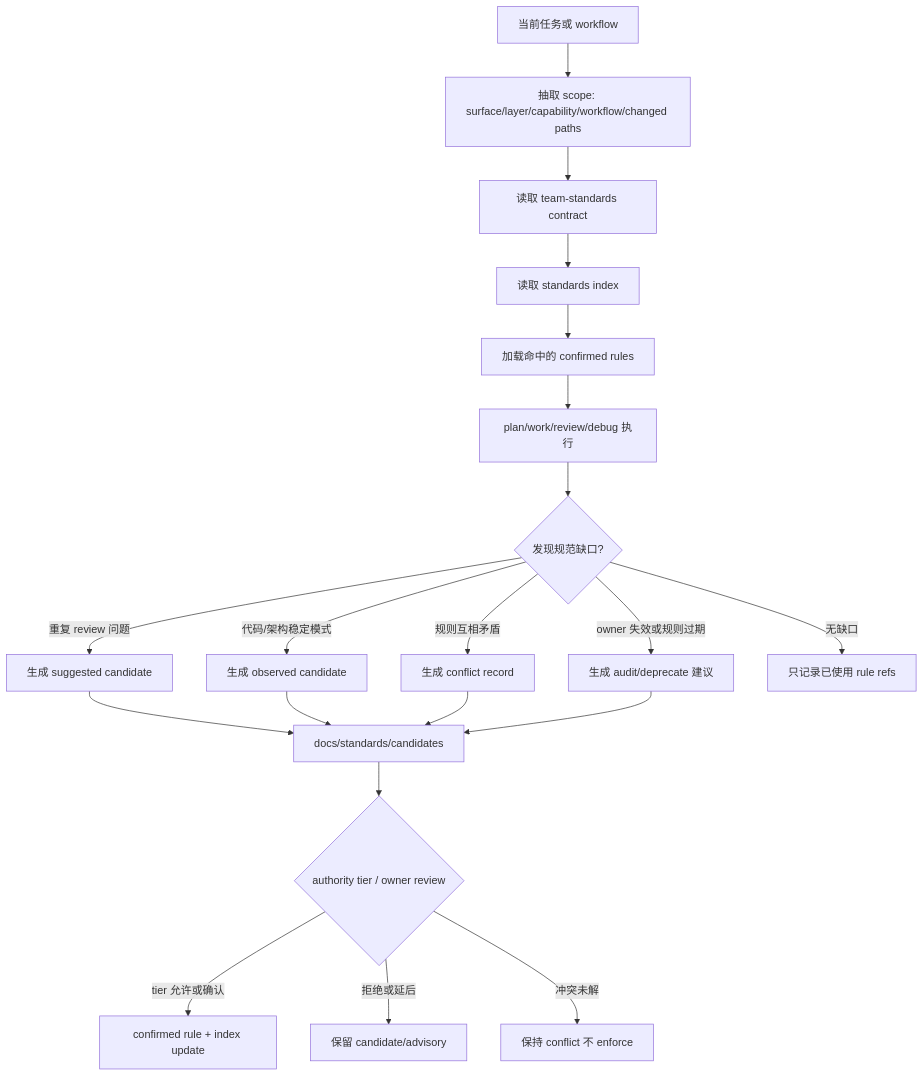
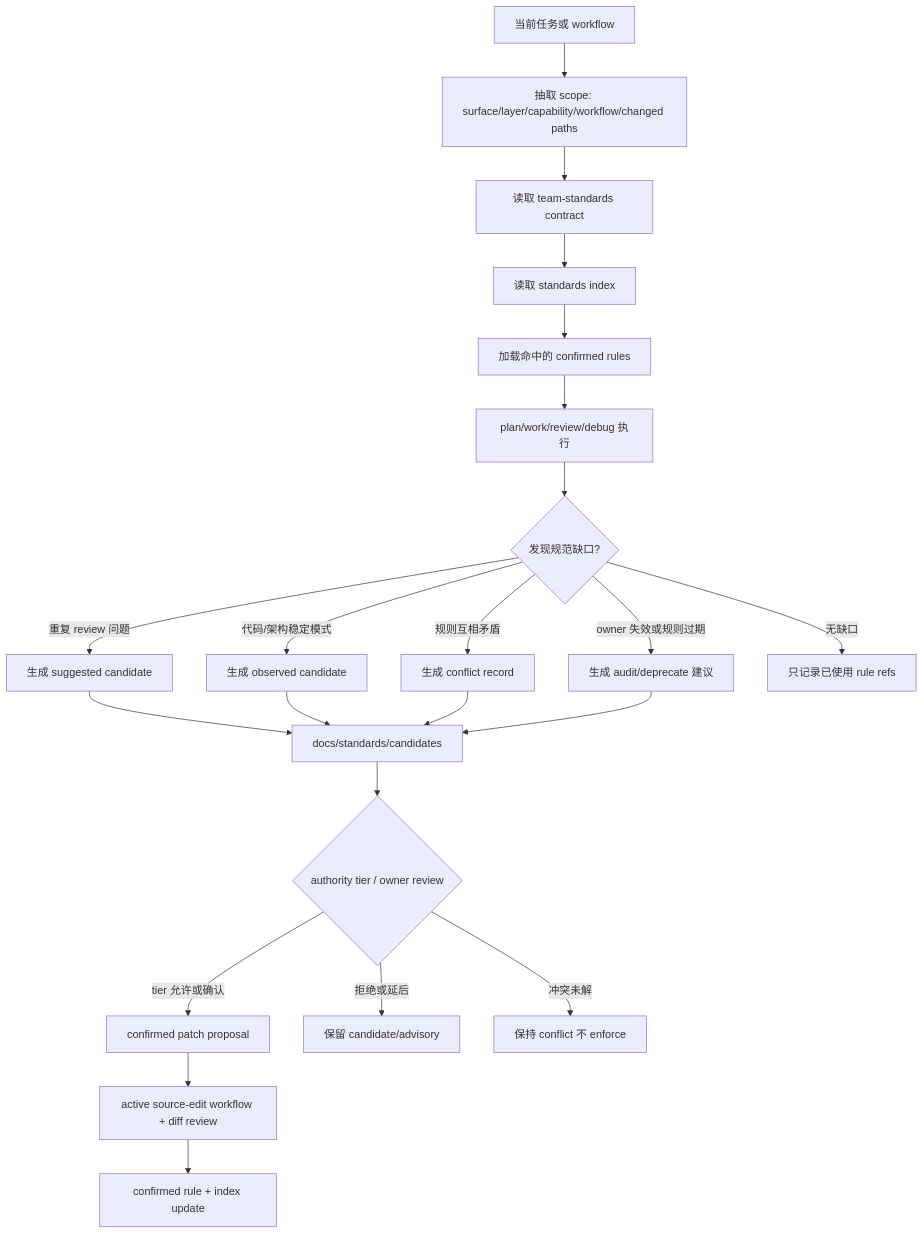
One commit to ajiao7240/spec-first changed the first of 7 diagrams in docs/plans/2026-06-21-004-feat-team-standards-governance-layer-plan.md. Above: the diagram before and after it, drawn with Mermaid. The commit also changed other lines of this file and 13 other files, not shown here.

````diff
--- a/docs/plans/2026-06-21-004-feat-team-standards-governance-layer-plan.md
+++ b/docs/plans/2026-06-21-004-feat-team-standards-governance-layer-plan.md
@@ -478,24 +643,26 @@
 ```mermaid
 flowchart TD
   A[当前任务或 workflow] --> B[抽取 scope: surface/layer/capability/workflow/changed paths]
   B --> C[读取 team-standards contract]
   C --> D[读取 standards index]
   D --> E[加载命中的 confirmed rules]
   E --> F[plan/work/review/debug 执行]
 
   F --> G{发现规范缺口?}
   G -->|重复 review 问题| H[生成 suggested candidate]
   G -->|代码/架构稳定模式| I[生成 observed candidate]
   G -->|规则互相矛盾| J[生成 conflict record]
   G -->|owner 失效或规则过期| K[生成 audit/deprecate 建议]
   G -->|无缺口| L[只记录已使用 rule refs]
 
   H --> M[docs/standards/candidates]
   I --> M
   J --> M
   K --> M
   M --> N{authority tier / owner review}
-  N -->|tier 允许或确认| O[confirmed rule + index update]
+  N -->|tier 允许或确认| O[confirmed patch proposal]
+  O --> R[active source-edit workflow + diff review]
+  R --> S[confirmed rule + index update]
   N -->|拒绝或延后| P[保留 candidate/advisory]
   N -->|冲突未解| Q[保持 conflict 不 enforce]
 ```
````
